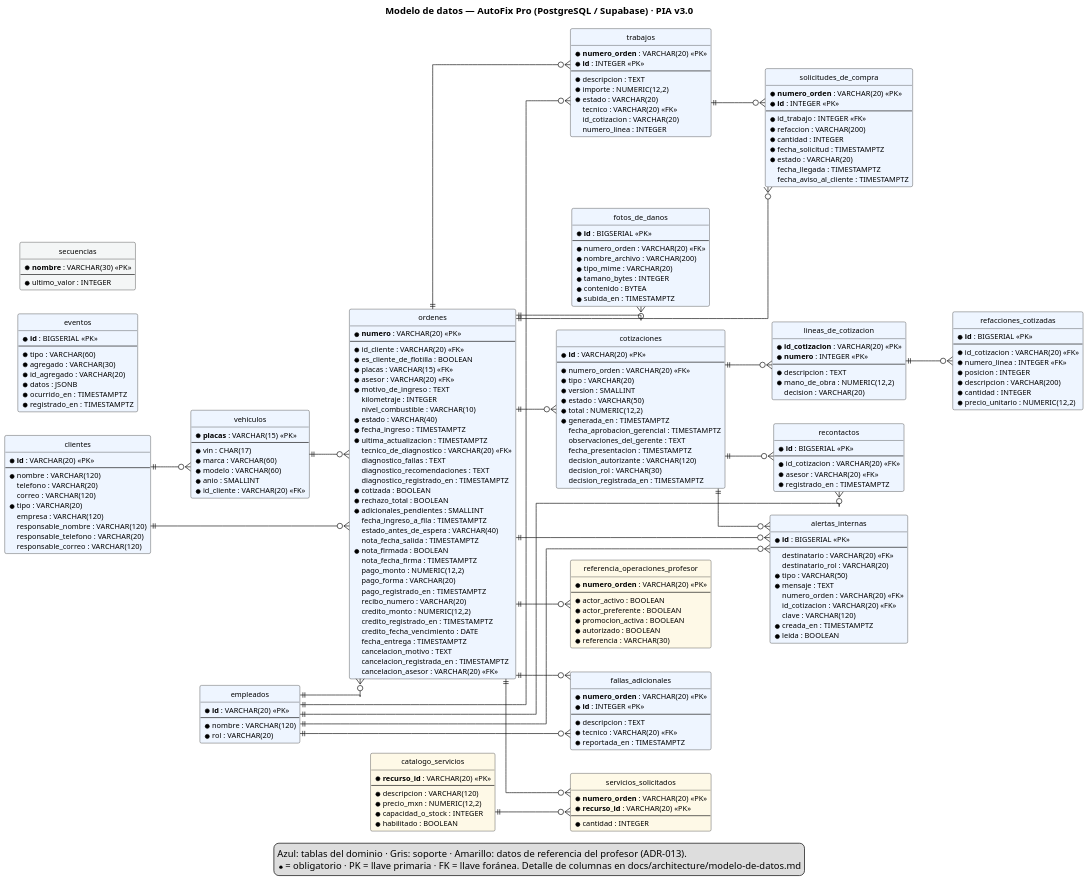
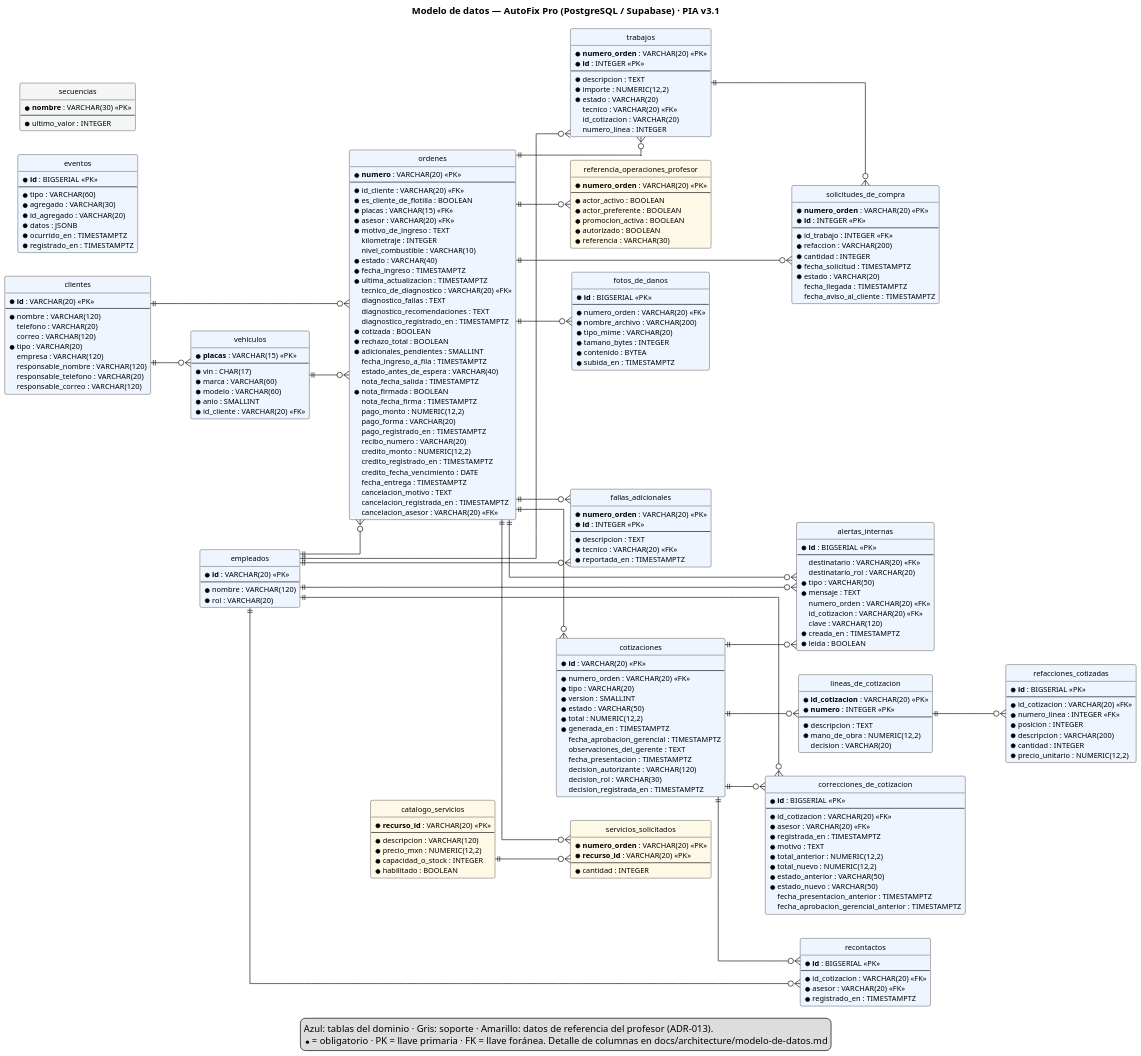
One commit to OsvaldoCMX/autofix-pro-pia changed the diagram in docs/architecture/diagramas/modelo-de-datos.puml. Above: the diagram before and after it, drawn with PlantUML. The commit also changed 35 other files, not shown here.

```diff
--- a/docs/architecture/diagramas/modelo-de-datos.puml
+++ b/docs/architecture/diagramas/modelo-de-datos.puml
@@ -7,7 +7,7 @@
 hide circle
 hide methods
 left to right direction
-title Modelo de datos — AutoFix Pro (PostgreSQL / Supabase) · PIA v3.0
+title Modelo de datos — AutoFix Pro (PostgreSQL / Supabase) · PIA v3.1
 
 entity "empleados" as empleados #EEF5FF {
   * <b>id</b> : VARCHAR(20) <<PK>>
@@ -155,6 +155,20 @@
   * asesor : VARCHAR(20) <<FK>>
   * registrado_en : TIMESTAMPTZ
 }
+entity "correcciones_de_cotizacion" as correcciones_de_cotizacion #EEF5FF {
+  * <b>id</b> : BIGSERIAL <<PK>>
+  --
+  * id_cotizacion : VARCHAR(20) <<FK>>
+  * asesor : VARCHAR(20) <<FK>>
+  * registrada_en : TIMESTAMPTZ
+  * motivo : TEXT
+  * total_anterior : NUMERIC(12,2)
+  * total_nuevo : NUMERIC(12,2)
+  * estado_anterior : VARCHAR(50)
+  * estado_nuevo : VARCHAR(50)
+    fecha_presentacion_anterior : TIMESTAMPTZ
+    fecha_aprobacion_gerencial_anterior : TIMESTAMPTZ
+}
 entity "alertas_internas" as alertas_internas #EEF5FF {
   * <b>id</b> : BIGSERIAL <<PK>>
   --
@@ -223,6 +237,8 @@
 lineas_de_cotizacion ||--o{ refacciones_cotizadas
 cotizaciones ||--o{ recontactos
 empleados ||--o{ recontactos
+cotizaciones ||--o{ correcciones_de_cotizacion
+empleados ||--o{ correcciones_de_cotizacion
 empleados ||--o{ alertas_internas
 ordenes ||--o{ alertas_internas
 cotizaciones ||--o{ alertas_internas
```
